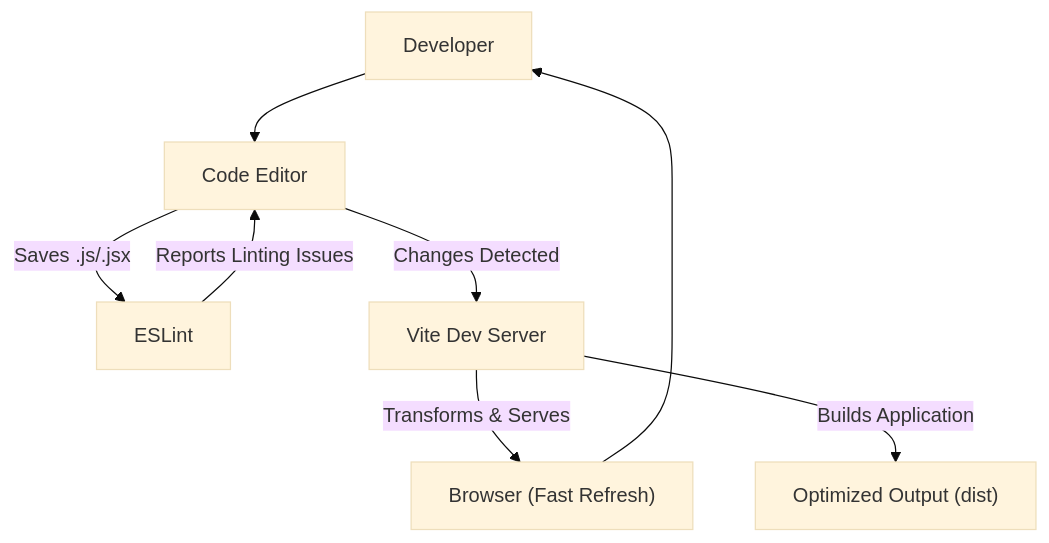
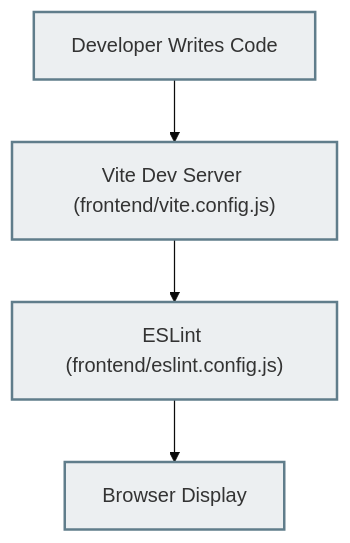
One commit to shinymacktest/gitdex-docs changed the first of 2 diagrams in docs/shinymack/Chat-App-MERN/docs/4_development-and-configuration.mdx. Above: the diagram before and after it, drawn with Mermaid (base theme). The commit also changed other lines of this file, not shown here.

````diff
--- a/docs/shinymack/Chat-App-MERN/docs/4_development-and-configuration.mdx
+++ b/docs/shinymack/Chat-App-MERN/docs/4_development-and-configuration.mdx
@@ -101,10 +172,11 @@
 ```mermaid
 graph TD
-    A["Developer"] --> B["Code Editor"]
-    B -- "Saves .js/.jsx" --> C["ESLint"]
-    C -- "Reports Linting Issues" --> B
-    B -- "Changes Detected" --> D["Vite Dev Server"]
-    D -- "Transforms & Serves" --> E["Browser (Fast Refresh)"]
-    D -- "Builds Application" --> F["Optimized Output (dist)"]
-    E --> A
+    A["Developer Writes Code"] --> B["Vite Dev Server (frontend/vite.config.js)"];
+    B --> C["ESLint (frontend/eslint.config.js)"];
+    C --> D["Browser Display"];
+
+    style A fill:#ECEFF1,stroke:#607D8B,stroke-width:2px;
+    style B fill:#ECEFF1,stroke:#607D8B,stroke-width:2px;
+    style C fill:#ECEFF1,stroke:#607D8B,stroke-width:2px;
+    style D fill:#ECEFF1,stroke:#607D8B,stroke-width:2px;
 ```
````
